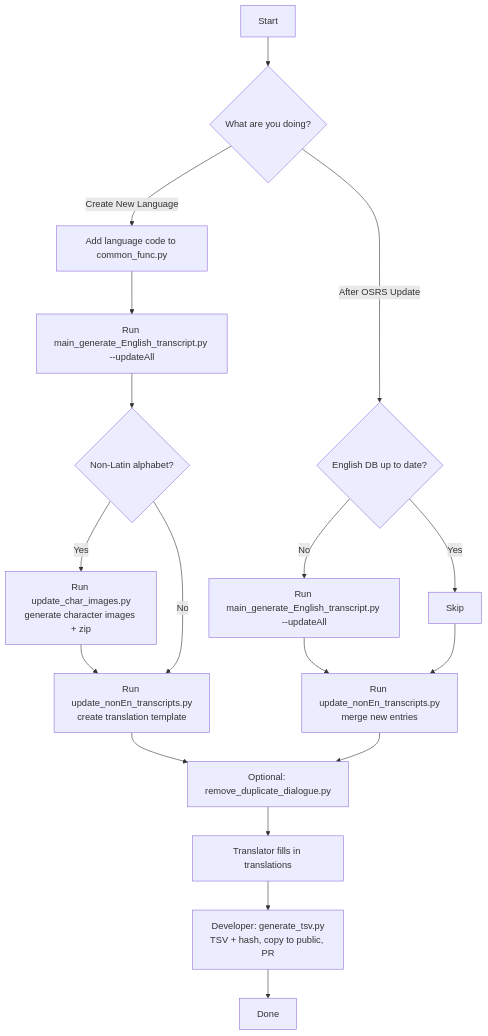
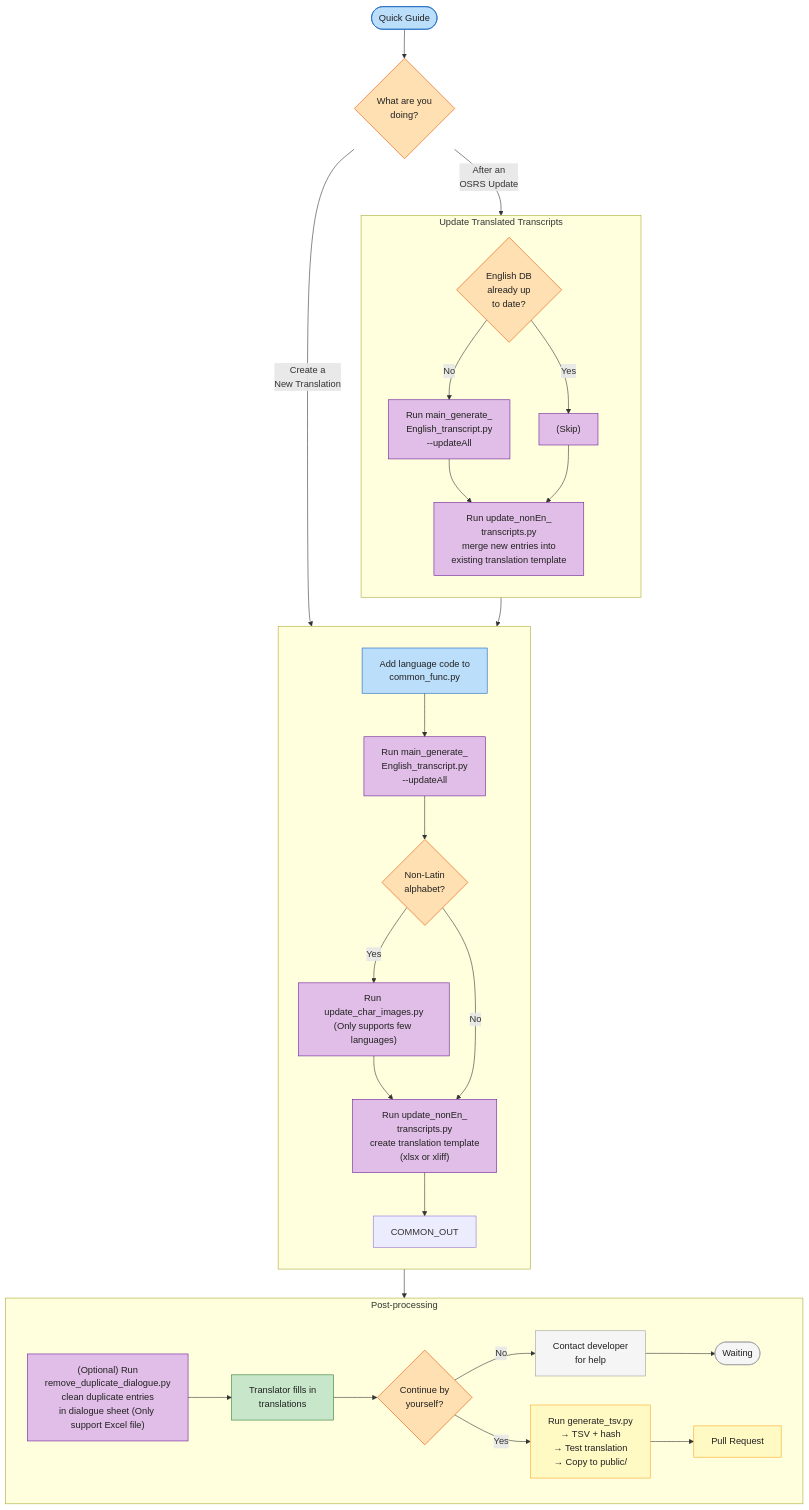
One commit to lck3141592654/Runelingual-Transcripts-For-Updated-Runelite changed the diagram in updater/README.md. Above: the diagram before and after it, drawn with Mermaid. The commit also changed other lines of this file, not shown here.

````diff
--- a/updater/README.md
+++ b/updater/README.md
@@ -21,30 +22,53 @@
 ```mermaid
-graph TD
-    A[Start]
-    B{What are you doing?}
-    C[Add language code to common_func.py]
-    D[Run main_generate_English_transcript.py --updateAll]
-    E{Non-Latin alphabet?}
-    F[Run update_char_images.py<br>generate character images + zip]
-    G[Run update_nonEn_transcripts.py<br>create translation template]
-    H{English DB up to date?}
-    I[Run main_generate_English_transcript.py --updateAll]
-    J[Skip]
-    K[Run update_nonEn_transcripts.py<br>merge new entries]
-    L[Optional: remove_duplicate_dialogue.py]
-    M[Translator fills in translations]
-    N[Developer: generate_tsv.py<br>TSV + hash, copy to public, PR]
-    O[Done]
+flowchart TD
+    classDef setup fill:#bbdefb,stroke:#1565c0,color:#212121
+    classDef process fill:#e1bee7,stroke:#6a1b9a,color:#212121
+    classDef decision fill:#ffe0b2,stroke:#e65100,color:#212121
+    classDef translate fill:#c8e6c9,stroke:#2e7d32,color:#212121
+    classDef final fill:#fff9c4,stroke:#f9a825,color:#212121
+    classDef wait fill:#f5f5f5,stroke:#9e9e9e,color:#212121
 
-    A --> B
-    B -->|Create New Language| C
-    B -->|After OSRS Update| H
-    C --> D --> E
-    E -->|Yes| F --> G
-    E -->|No| G
-    H -->|No| I --> K
-    H -->|Yes| J --> K
-    G --> L
-    K --> L
-    L --> M --> N --> O
+    START(["Quick Guide"]):::setup
+
+    START --> CHOOSE{What are you<br>doing?}:::decision
+
+    CHOOSE -->|Create a<br>New Translation| NEW
+    CHOOSE -->|After an<br>OSRS Update| UPDATE
+
+    subgraph NEW[" "]
+        direction TB
+        N1["Add language code to<br>common_func.py"]:::setup
+        N2["Run main_generate_<br>English_transcript.py<br>--updateAll"]:::process
+        N3{"Non-Latin<br>alphabet?"}:::decision
+        N4["Run update_char_images.py<br>(Only supports few languages)"]:::process
+        N5["Run update_nonEn_<br>transcripts.py<br>create translation template<br>(xlsx or xliff)"]:::process
+        N1 --> N2 --> N3
+        N3 -->|Yes| N4 --> N5
+        N3 -->|No| N5
+        N5 --> COMMON_OUT
+    end
+
+    subgraph UPDATE["Update Translated Transcripts"]
+        direction TB
+        U1{"English DB<br>already up<br>to date?"}:::decision
+        U2["Run main_generate_<br>English_transcript.py<br>--updateAll"]:::process
+        U3["(Skip)"]:::process
+        U4["Run update_nonEn_<br>transcripts.py<br>merge new entries into<br>existing translation template"]:::process
+        U1 -->|No| U2 --> U4
+        U1 -->|Yes| U3 --> U4
+        U4 --> COMMON_OUT
+    end
+
+    subgraph POST["Post-processing"]
+        direction LR
+        P1["(Optional) Run<br>remove_duplicate_dialogue.py<br>clean duplicate entries<br>in dialogue sheet (Only support Excel file)"]:::process
+        P2["Translator fills in<br>translations"]:::translate
+        P3{"Continue by<br>yourself?"}:::decision
+        P1 --> P2 --> P3
+        P3 -->|Yes| P4["Run generate_tsv.py<br>→ TSV + hash<br>→ Test translation<br>→ Copy to public/"]:::final
+        P3 -->|No| P5["Contact developer<br>for help"]:::wait --> P6(["Waiting"]):::wait
+        P4 --> P7["Pull Request"]:::final
+    end
+
+    COMMON_OUT --> POST
 ```
````
